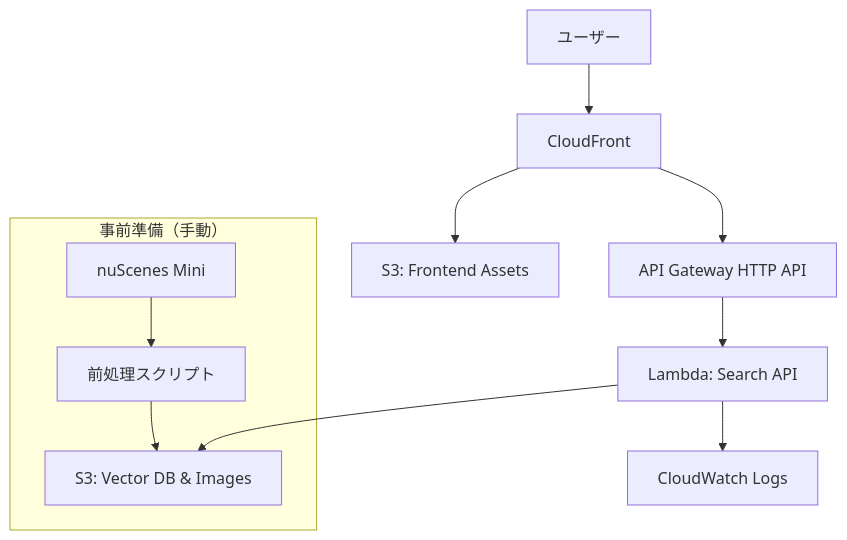
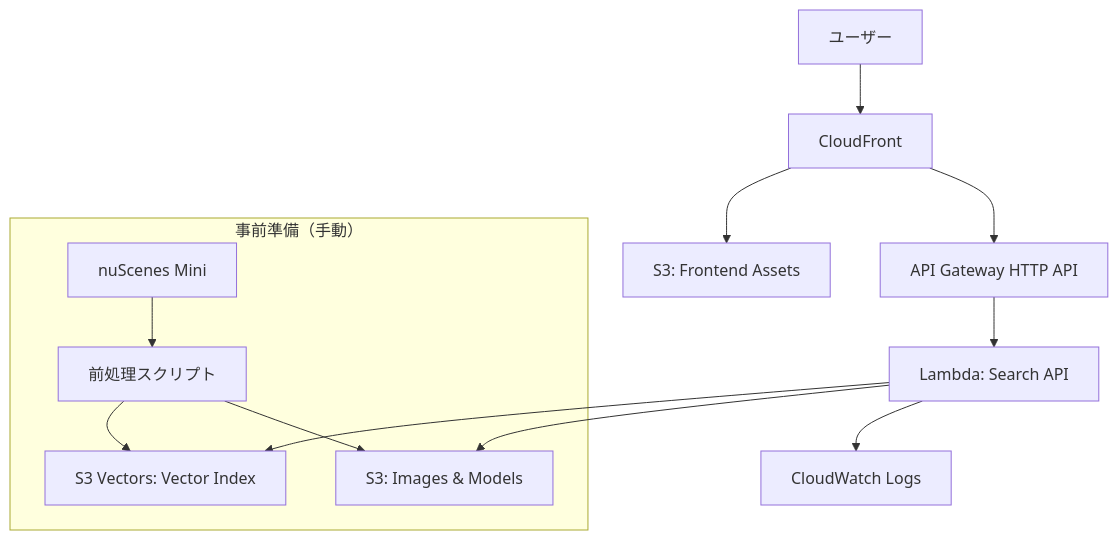
One commit to Tomoaki-Yamabe/sampleClip changed the first of 3 diagrams in .kiro/specs/mcap-multimodal-search/design.md. Above: the diagram before and after it, drawn with Mermaid. The commit also changed other lines of this file and 2 other files, not shown here.

Commit message:
SPEC: update add s3 vectors

````diff
--- a/.kiro/specs/mcap-multimodal-search/design.md
+++ b/.kiro/specs/mcap-multimodal-search/design.md
@@ -23,14 +27,16 @@
 ```mermaid
 graph TB
     User[ユーザー] --> CF[CloudFront]
     CF --> S3F[S3: Frontend Assets]
     CF --> APIG[API Gateway HTTP API]
     APIG --> Lambda[Lambda: Search API]
-    Lambda --> S3D[S3: Vector DB & Images]
+    Lambda --> S3V[S3 Vectors: Vector Index]
+    Lambda --> S3D[S3: Images & Models]
     Lambda --> CW[CloudWatch Logs]
     
     subgraph "事前準備（手動）"
         NS[nuScenes Mini] --> Prep[前処理スクリプト]
+        Prep --> S3V
         Prep --> S3D
     end
 ```
````
